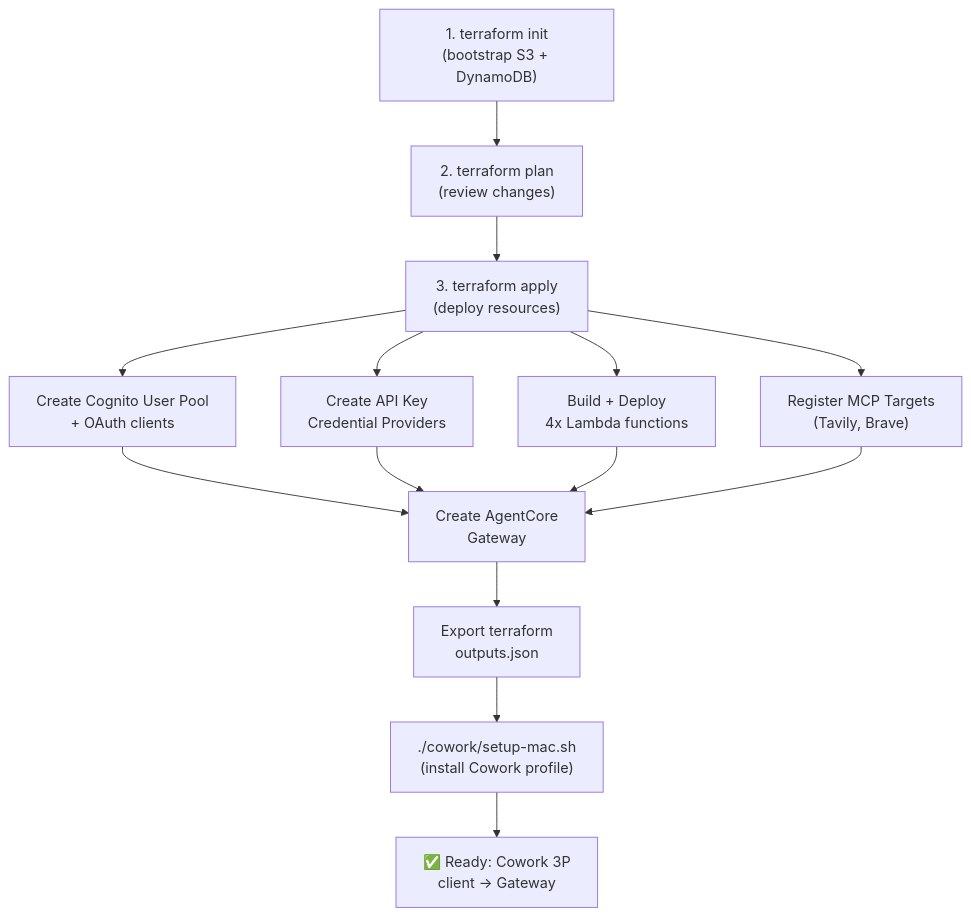
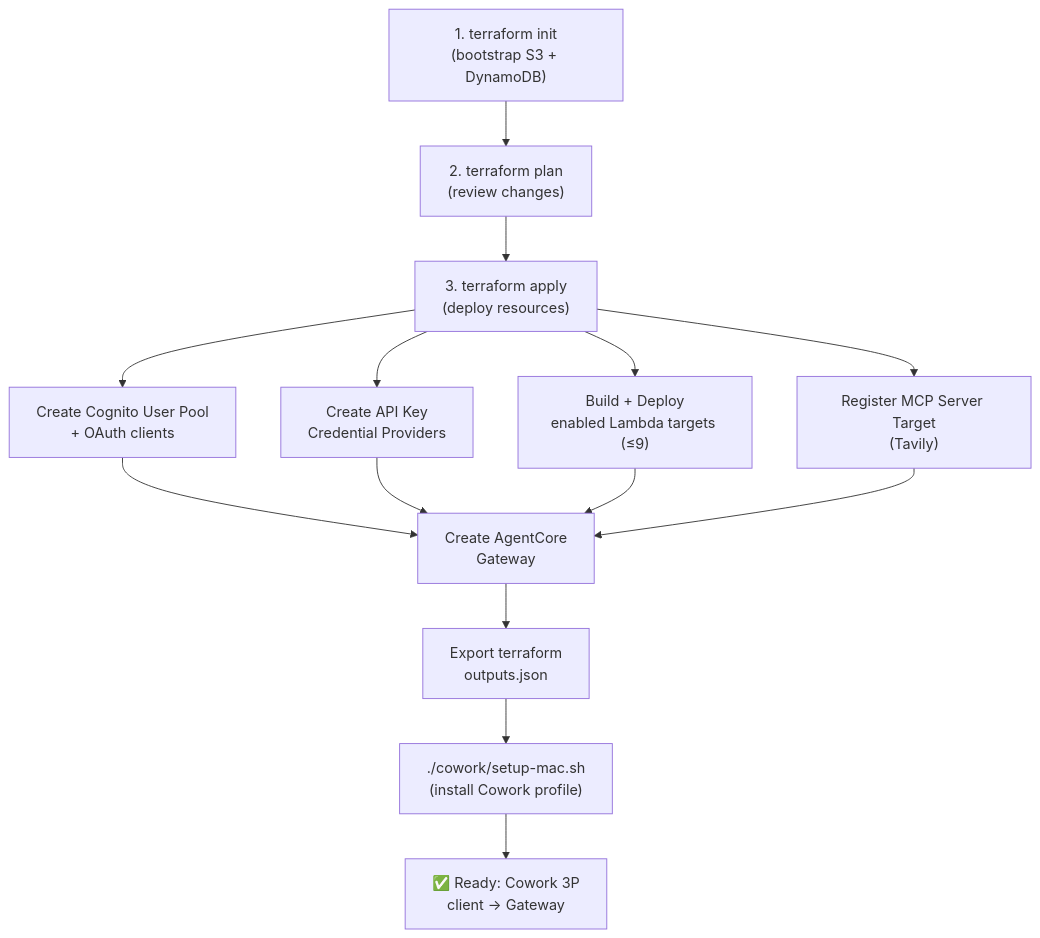
The second of 2 diagrams in ARCHITECTURE.md (hi-space/websearch-agentcore-gateway), drawn with Mermaid before and after one commit. The commit also changed other lines of this file and 1 other file, not shown here.

Commit message:
docs: update ARCHITECTURE and README for 10-engine v1.1 setup

````diff
--- a/ARCHITECTURE.md
+++ b/ARCHITECTURE.md
@@ -434,16 +414,16 @@
 ```mermaid
 flowchart TD
     A["1. terraform init<br/>(bootstrap S3 + DynamoDB)"] --> B["2. terraform plan<br/>(review changes)"]
     B --> C["3. terraform apply<br/>(deploy resources)"]
     C --> D["Create Cognito User Pool<br/>+ OAuth clients"]
     C --> E["Create API Key<br/>Credential Providers"]
-    C --> F["Build + Deploy<br/>4x Lambda functions"]
-    C --> G["Register MCP Targets<br/>(Tavily, Brave)"]
+    C --> F["Build + Deploy<br/>enabled Lambda targets (≤9)"]
+    C --> G["Register MCP Server Target<br/>(Tavily)"]
     D --> H["Create AgentCore<br/>Gateway"]
     E --> H
     F --> H
     G --> H
     H --> J["Export terraform<br/>outputs.json"]
     J --> K["./cowork/setup-mac.sh<br/>(install Cowork profile)"]
     K --> L["✅ Ready: Cowork 3P<br/>client → Gateway"]
 ```
````
